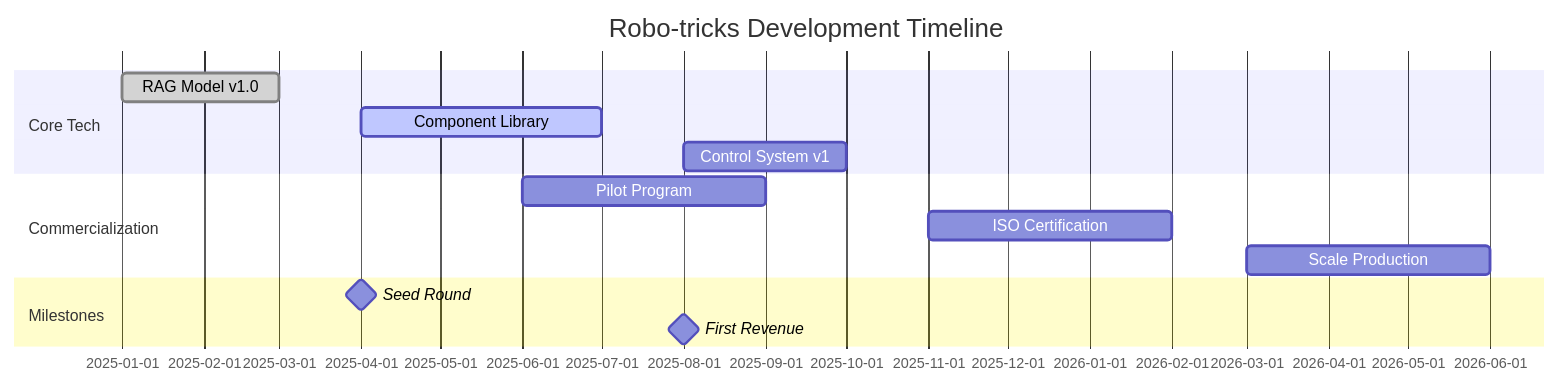
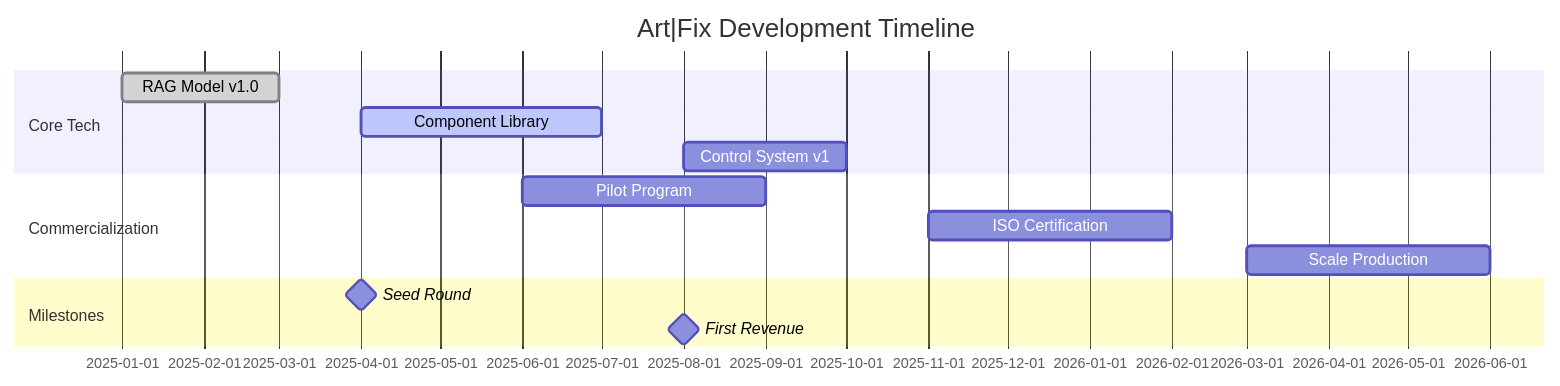
One commit to CatsMeow492/Sepulki changed the sixth of 6 diagrams in Pitch/presentation.md. Above: the diagram before and after it, drawn with Mermaid. The commit also changed other lines of this file and 1 other file, not shown here.

````diff
--- a/Pitch/presentation.md
+++ b/Pitch/presentation.md
@@ -253,18 +253,18 @@
 ```mermaid
 gantt
-    title Robo-tricks Development Timeline
+    title Art|Fix Development Timeline
     dateFormat  YYYY-MM
     section Core Tech
     RAG Model v1.0       :done,    des1, 2025-01, 2025-03
     Component Library    :active,  des2, 2025-04, 2025-07
     Control System v1    :         des3, 2025-08, 2025-10
     
     section Commercialization
     Pilot Program        :         des4, 2025-06, 2025-09
     ISO Certification   :         des5, 2025-11, 2026-02
     Scale Production     :         des6, 2026-03, 2026-06
     
     section Milestones
     Seed Round           :milestone, 2025-04, 0d
     First Revenue        :milestone, 2025-08, 0d
 ```
````
